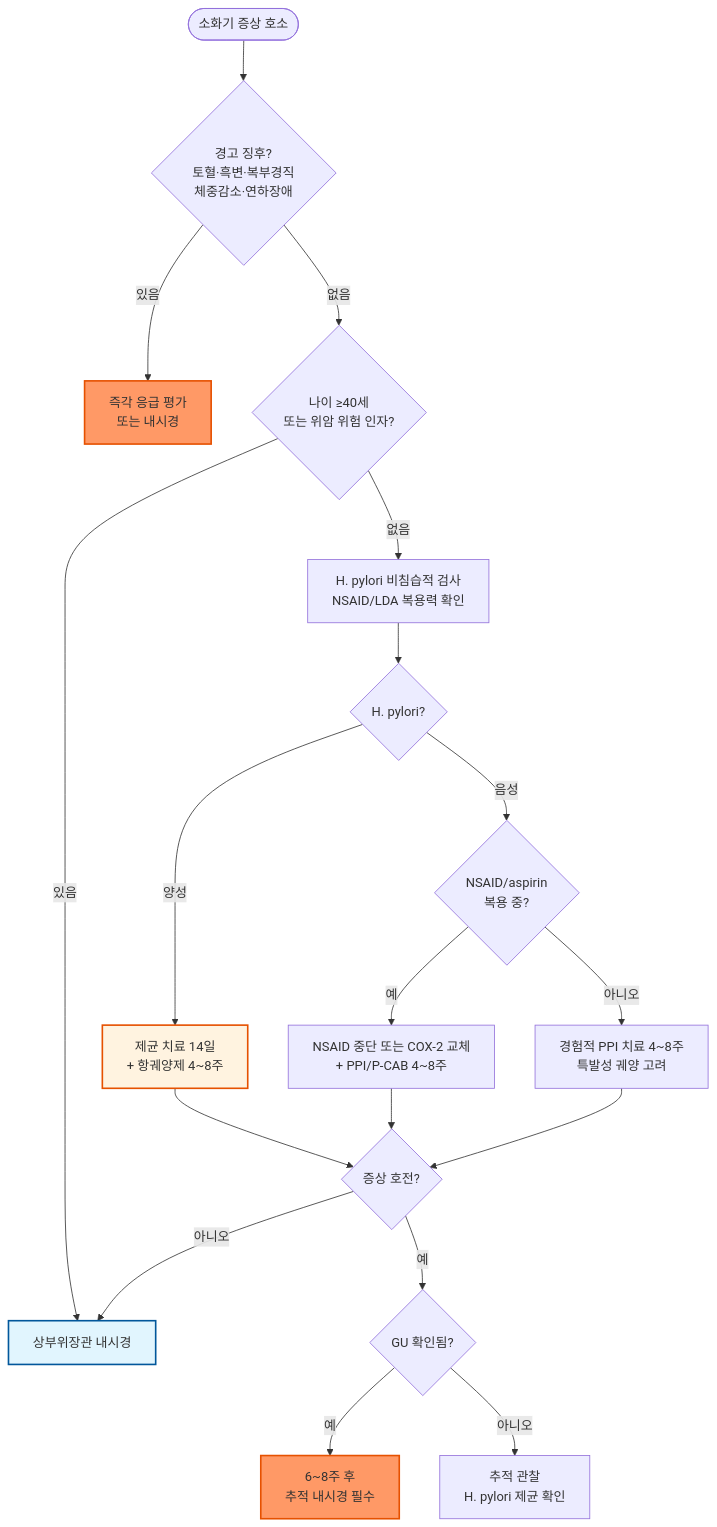
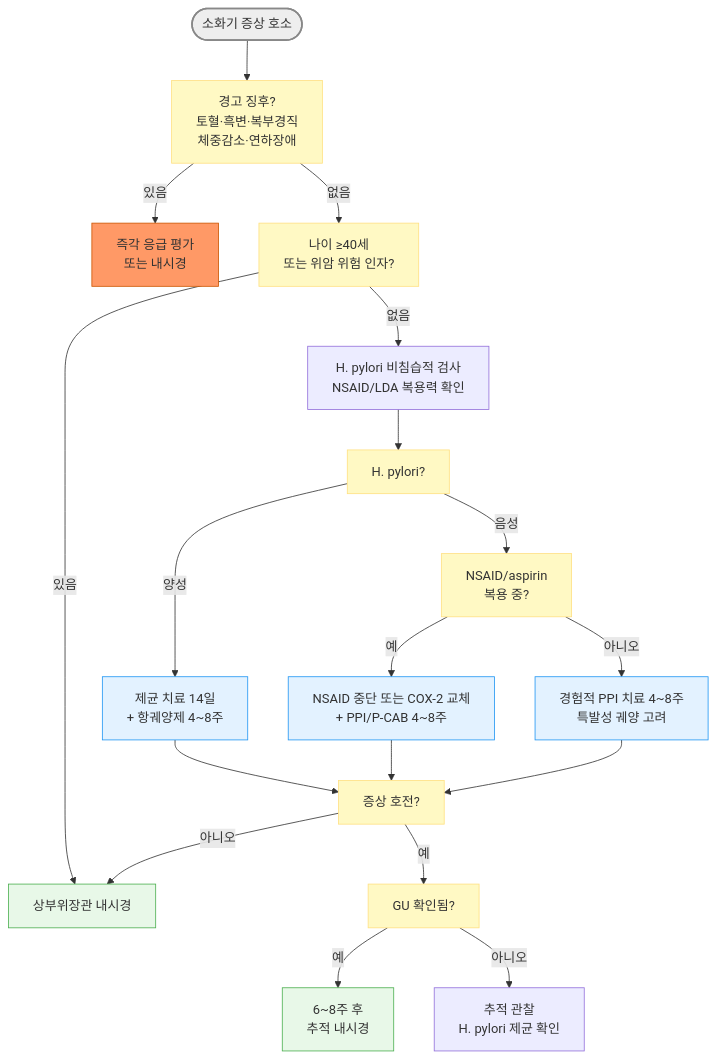
The first of 2 diagrams in 224_/079_-peptic-ulcer-pud.md (familyoh77/familyoh77), drawn with Mermaid before and after one commit. The commit also changed other lines of this file and 1 other file, not shown here.

Commit message:
GITBOOK-911: No subject

````diff
--- a/224_/079_-peptic-ulcer-pud.md
+++ b/224_/079_-peptic-ulcer-pud.md
@@ -125,25 +122,29 @@
 ```mermaid
 graph TD
-    A([소화기 증상 호소]) --> B{경고 징후?<br/>토혈·흑변·복부경직<br/>체중감소·연하장애}
+A([소화기 증상 호소]) --> B[경고 징후?<br/>토혈·흑변·복부경직<br/>체중감소·연하장애]
     B -- 있음 --> C[즉각 응급 평가<br/>또는 내시경]
-    B -- 없음 --> D{나이 ≥40세<br/>또는 위암 위험 인자?}
-    D -- 있음 --> E[상부위장관 내시경]
+    B -- 없음 --> D[나이 ≥40세<br/>또는 위암 위험 인자?]
+    D -- 있음 ---> E[상부위장관 내시경]
     D -- 없음 --> F[H. pylori 비침습적 검사<br/>NSAID/LDA 복용력 확인]
-    F --> G{H. pylori?}
+    F --> G[H. pylori?]
     G -- 양성 --> H[제균 치료 14일<br/>+ 항궤양제 4~8주]
-    G -- 음성 --> I{NSAID/aspirin<br/>복용 중?}
+    G -- 음성 --> I[NSAID/aspirin<br/>복용 중?]
     I -- 예 --> J[NSAID 중단 또는 COX-2 교체<br/>+ PPI/P-CAB 4~8주]
     I -- 아니오 --> K[경험적 PPI 치료 4~8주<br/>특발성 궤양 고려]
-    H --> L{증상 호전?}
+    H --> L[증상 호전?]
     J --> L
     K --> L
     L -- 아니오 --> E
-    L -- 예 --> M{GU 확인됨?}
-    M -- 예 --> N[6~8주 후<br/>추적 내시경 필수]
+    L -- 예 --> M[GU 확인됨?]
+    M -- 예 --> N[6~8주 후<br/>추적 내시경]
     M -- 아니오 --> O[추적 관찰<br/>H. pylori 제균 확인]
 
-    style C fill:#f96,stroke:#e65100,stroke-width:2px
-    style E fill:#e1f5fe,stroke:#01579b,stroke-width:2px
-    style H fill:#fff3e0,stroke:#e65100,stroke-width:2px
-    style N fill:#f96,stroke:#e65100,stroke-width:2px
+style A fill:#eeeeee,stroke:#888888,stroke-width:2px
+classDef yellow fill:#fff9c4,stroke:#ffe082
+class B,D,G,I,L,M yellow
+style C fill:#ff9966,stroke:#cc5500
+classDef sky fill:#e3f2ff,stroke:#2196f3
+class H,J,K sky
+classDef lightGreen fill:#e8f8e8,stroke:#4caf50
+class E,N lightGreen
 ```
````
